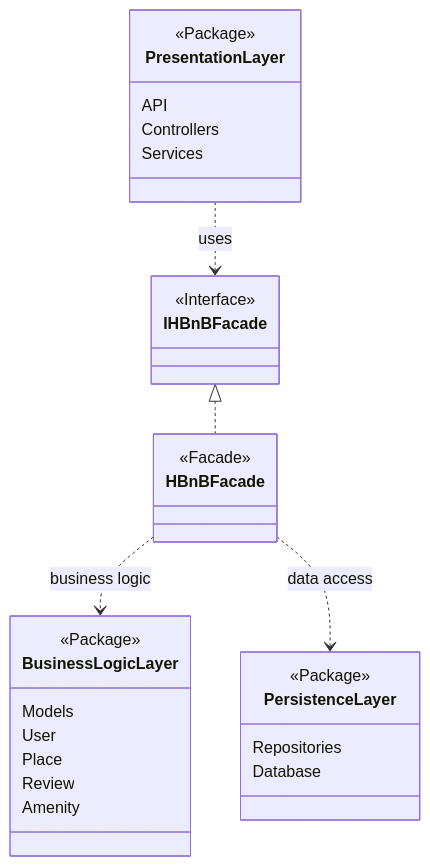
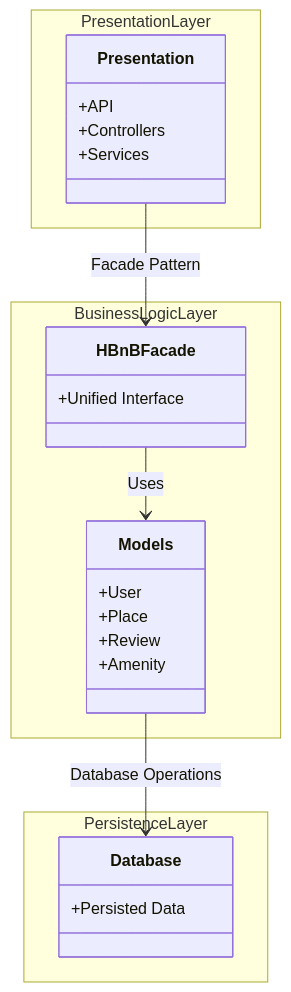
Before and after one commit to Nouf2027/holbertonschool-hbnb: the diagram in part1/README.md, drawn with Mermaid. The commit also changed other lines of this file, not shown here.

Commit message:
Task 0: add high-level package diagram

````diff
--- a/part1/README.md
+++ b/part1/README.md
@@ -5,40 +5,35 @@
 ```mermaid
 classDiagram
 direction TB
 
-class PresentationLayer {
-  <<Package>>
-  API
-  Controllers
-  Services
+namespace PresentationLayer {
+    class Presentation {
+        +API
+        +Controllers
+        +Services
+    }
 }
 
-class BusinessLogicLayer {
-  <<Package>>
-  Models
-  User
-  Place
-  Review
-  Amenity
+namespace BusinessLogicLayer {
+    class HBnBFacade {
+        +Unified Interface
+    }
+
+    class Models {
+        +User
+        +Place
+        +Review
+        +Amenity
+    }
 }
 
-class IHBnBFacade {
-  <<Interface>>
+namespace PersistenceLayer {
+    class Database {
+        +Persisted Data
+    }
 }
 
-class HBnBFacade {
-  <<Facade>>
-}
-
-IHBnBFacade <|.. HBnBFacade
-
-class PersistenceLayer {
-  <<Package>>
-  Repositories
-  Database
-}
-
-PresentationLayer ..> IHBnBFacade : uses
-HBnBFacade ..> BusinessLogicLayer : business logic
-HBnBFacade ..> PersistenceLayer : data access
+Presentation --> HBnBFacade : Facade Pattern
+HBnBFacade --> Models : Uses
+Models --> Database : Database Operations
 ```
````
